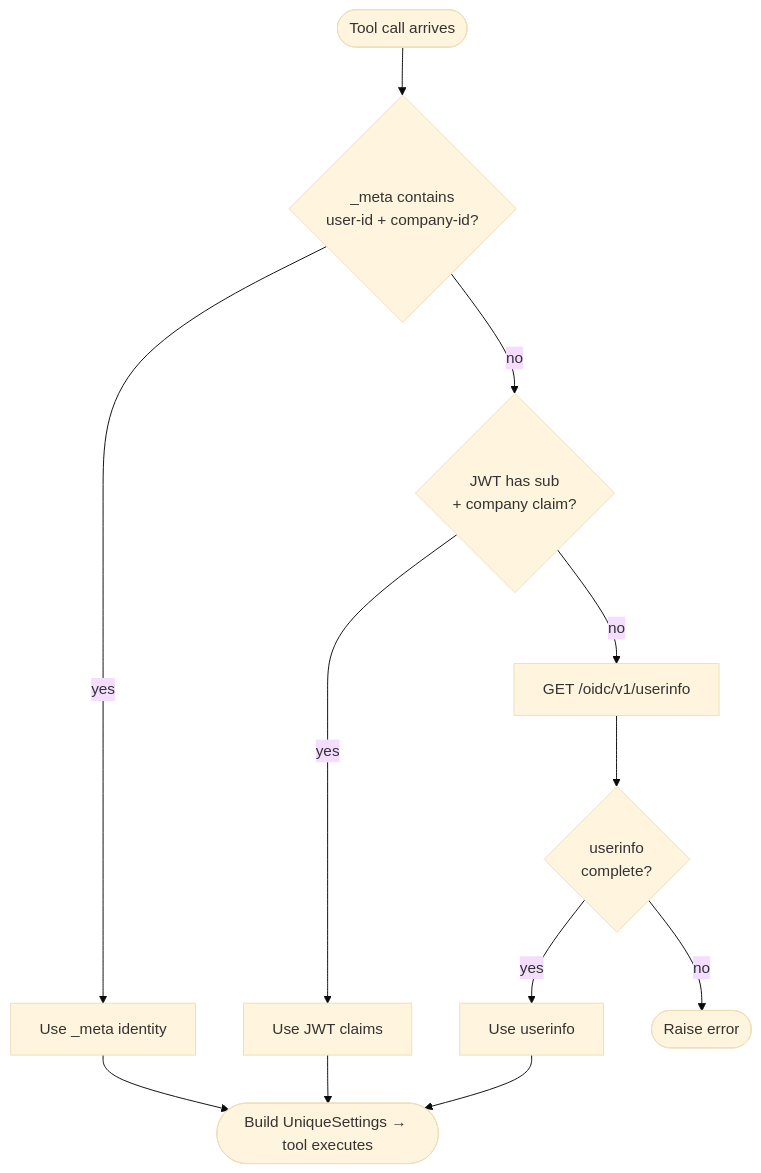
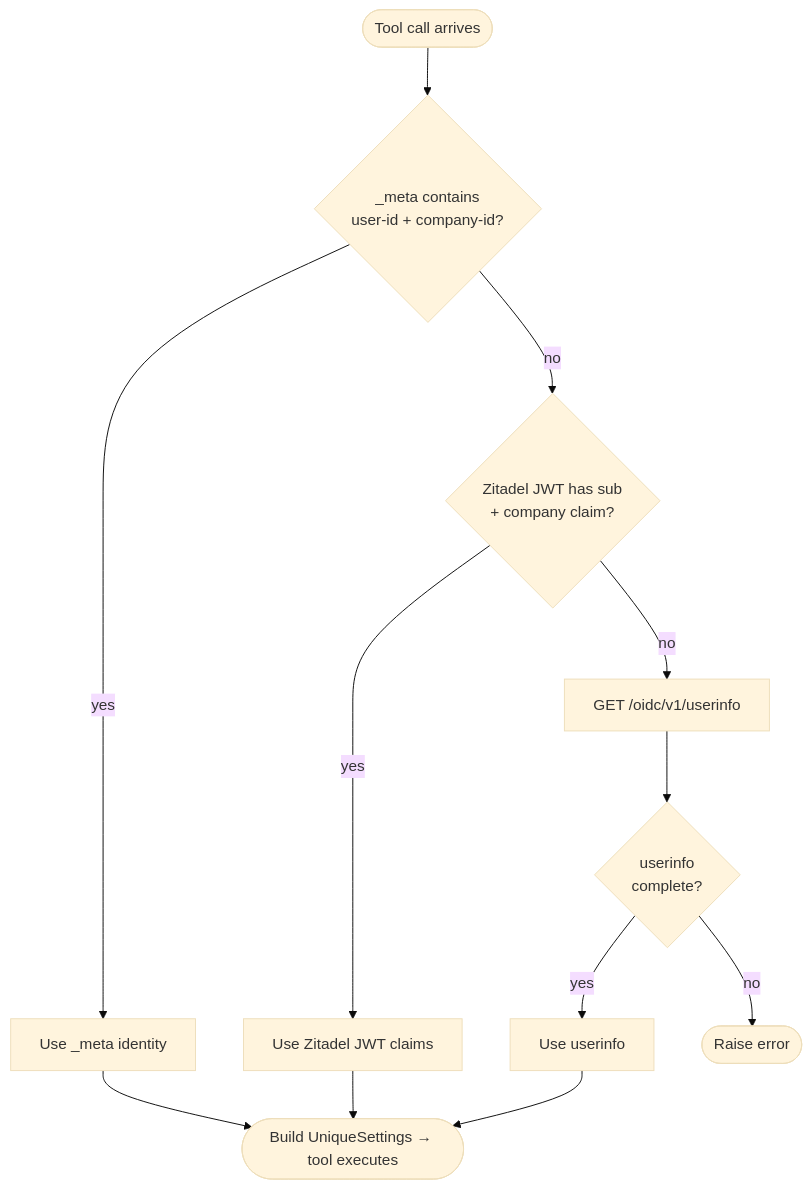
Before and after one commit to Unique-AG/ai: the first of 4 diagrams in unique_mcp/README.md, drawn with Mermaid (base theme). The commit also changed other lines of this file, not shown here.

First line of the commit message:
docs(unique-mcp): correct auth flow to show token swap pattern

````diff
--- a/unique_mcp/README.md
+++ b/unique_mcp/README.md
@@ -23,12 +23,12 @@
 ```mermaid
 flowchart TD
     A([Tool call arrives]) --> B{_meta contains\nuser-id + company-id?}
     B -- yes --> C[Use _meta identity]
-    B -- no --> D{JWT has sub\n+ company claim?}
-    D -- yes --> E[Use JWT claims]
+    B -- no --> D{Zitadel JWT has sub\n+ company claim?}
+    D -- yes --> E[Use Zitadel JWT claims]
     D -- no --> F[GET /oidc/v1/userinfo]
     F --> G{userinfo\ncomplete?}
     G -- yes --> H[Use userinfo]
     G -- no --> I([Raise error])
     C & E & H --> J([Build UniqueSettings → tool executes])
 ```
````
